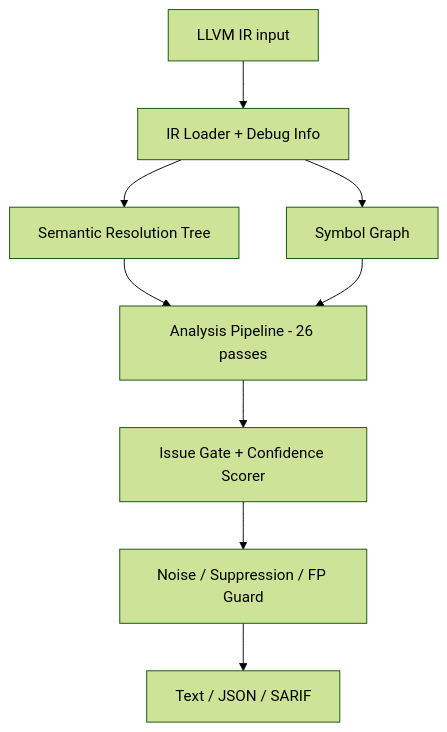
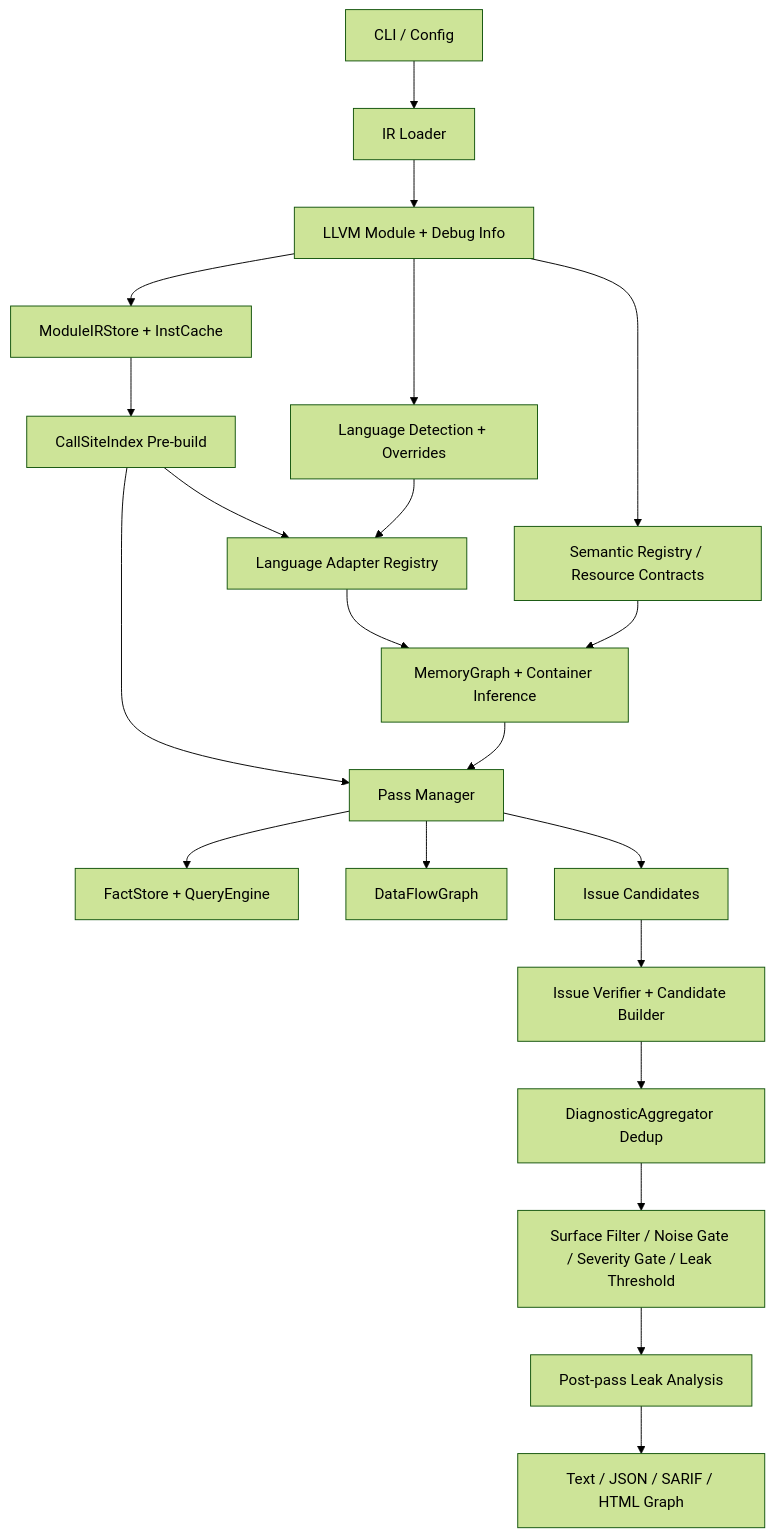
Before and after one commit to Timwood0x10/OmniScope: the first of 2 diagrams in README.md, drawn with Mermaid (forest theme). The commit also changed other lines of this file and 15 other files, not shown here.

````diff
--- a/README.md
+++ b/README.md
@@ -46,11 +24,23 @@
 ```mermaid
 flowchart TD
-    IR[LLVM IR input] --> Load[IR Loader + Debug Info]
-    Load --> SRT[Semantic Resolution Tree]
-    Load --> SG[Symbol Graph]
-    SRT --> Pipe[Analysis Pipeline - 26 passes]
-    SG --> Pipe
-    Pipe --> Gate[Issue Gate + Confidence Scorer]
-    Gate --> Filter[Noise / Suppression / FP Guard]
-    Filter --> Out[Text / JSON / SARIF]
+    CLI[CLI / Config] --> Loader[IR Loader]
+    Loader --> Module[LLVM Module + Debug Info]
+    Module --> IRStore[ModuleIRStore + InstCache]
+    Module --> Lang[Language Detection + Overrides]
+    Module --> Sem[Semantic Registry / Resource Contracts]
+    IRStore --> CallIdx[CallSiteIndex Pre-build]
+    CallIdx --> Adapter[Language Adapter Registry]
+    Lang --> Adapter
+    Adapter --> MemGraph[MemoryGraph + Container Inference]
+    Sem --> MemGraph
+    CallIdx --> Pipeline[Pass Manager]
+    MemGraph --> Pipeline
+    Pipeline --> Facts[FactStore + QueryEngine]
+    Pipeline --> DFG[DataFlowGraph]
+    Pipeline --> Issues[Issue Candidates]
+    Issues --> Verify[Issue Verifier + Candidate Builder]
+    Verify --> Agg[DiagnosticAggregator Dedup]
+    Agg --> Filter[Surface Filter / Noise Gate / Severity Gate / Leak Threshold]
+    Filter --> Leak[Post-pass Leak Analysis]
+    Leak --> Output[Text / JSON / SARIF / HTML Graph]
 ```
````
